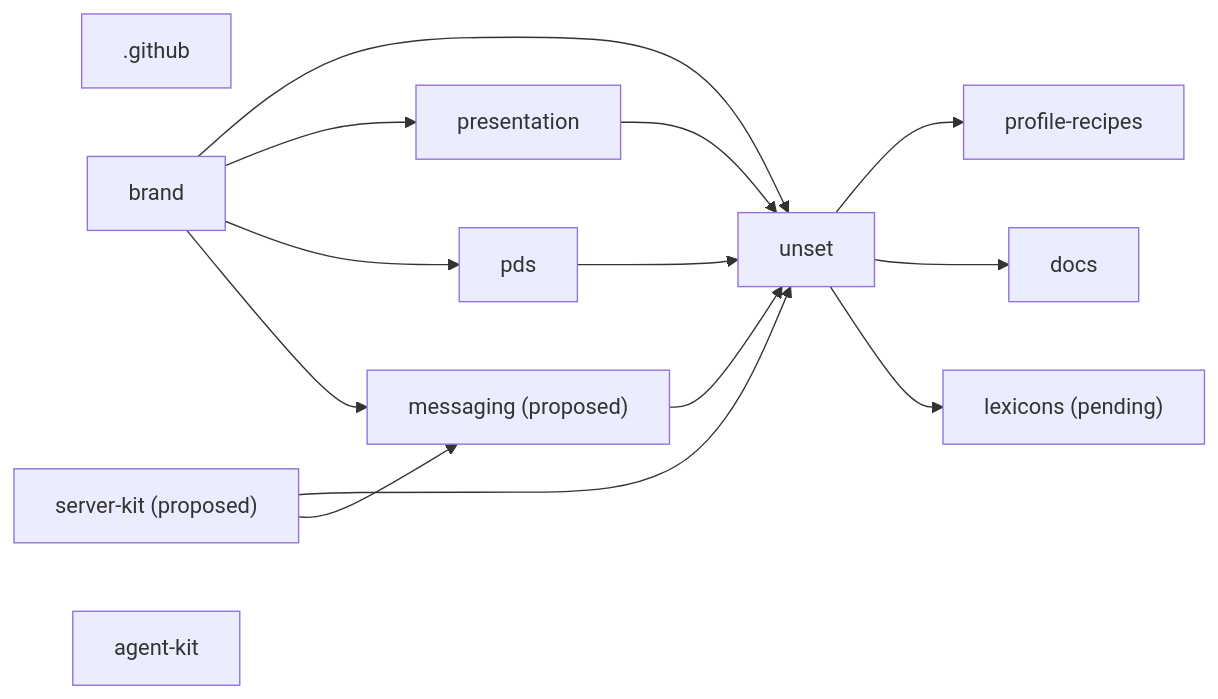
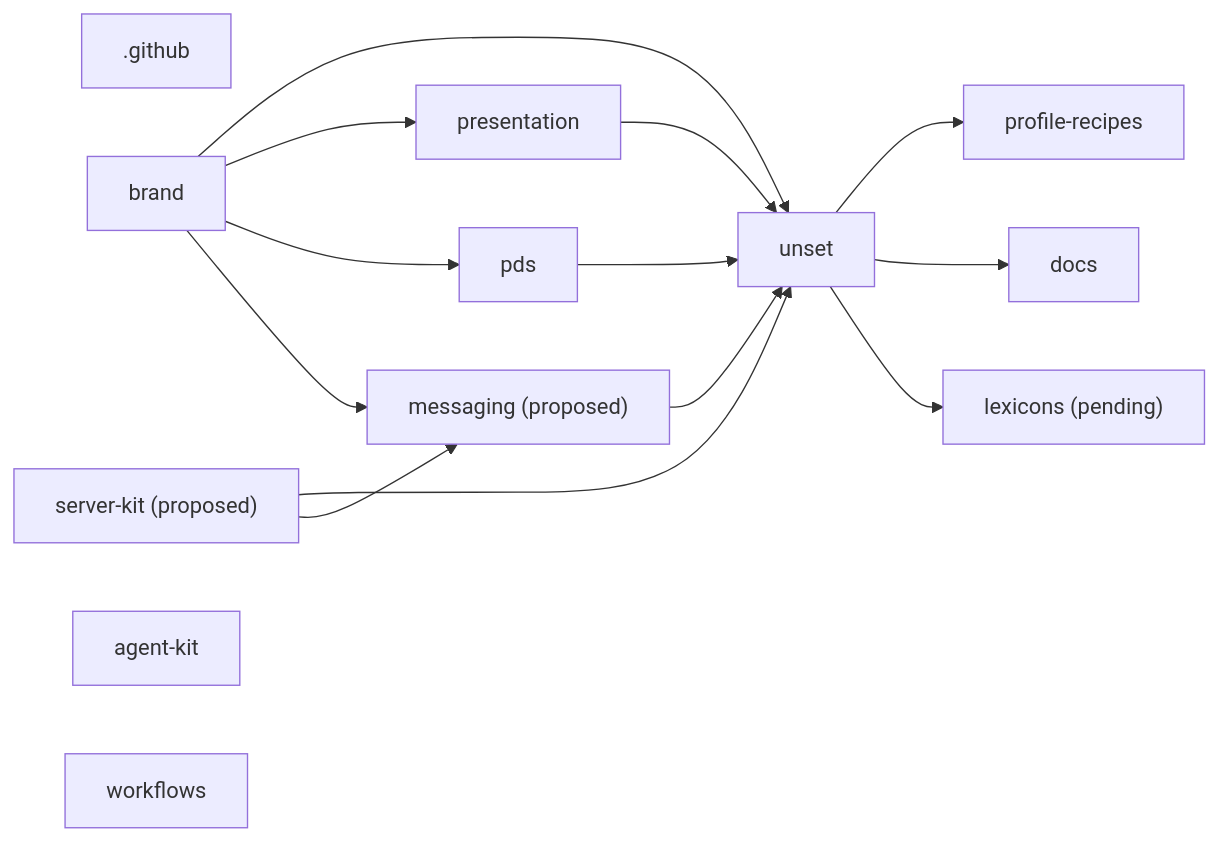
The diagram in MAP.md (unset-sh/.github), drawn with Mermaid before and after one commit. The commit also changed other lines of this file and 1 other file, not shown here.

First line of the commit message:
Add unset-sh/workflows to the organisation map

````diff
--- a/MAP.md
+++ b/MAP.md
@@ -31,26 +32,27 @@
 ```mermaid
 flowchart LR
   r_unset["unset"]
   r__github[".github"]
   r_brand["brand"]
   r_presentation["presentation"]
   r_profile_recipes["profile-recipes"]
   r_docs["docs"]
   r_pds["pds"]
   r_lexicons["lexicons (pending)"]
   r_messaging["messaging (proposed)"]
   r_server_kit["server-kit (proposed)"]
   r_agent_kit["agent-kit"]
+  r_workflows["workflows"]
   r_brand --> r_unset
   r_presentation --> r_unset
   r_messaging --> r_unset
   r_server_kit --> r_unset
   r_pds --> r_unset
   r_brand --> r_presentation
   r_unset --> r_profile_recipes
   r_unset --> r_docs
   r_brand --> r_pds
   r_unset --> r_lexicons
   r_brand --> r_messaging
   r_server_kit --> r_messaging
 ```
````
